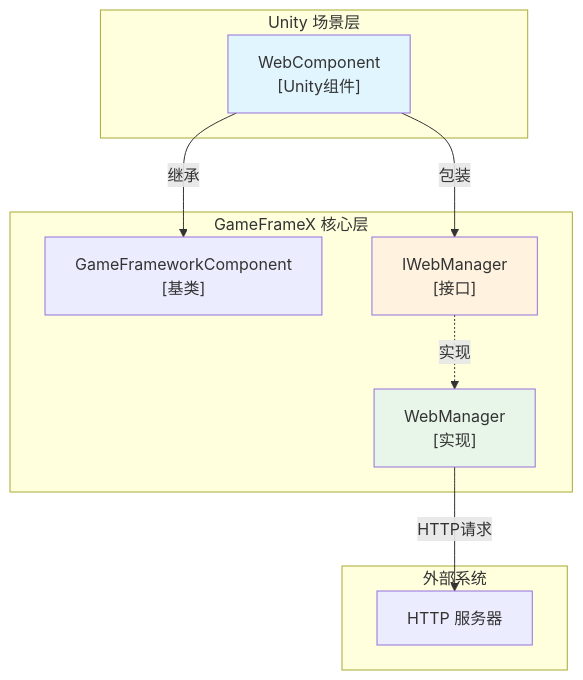
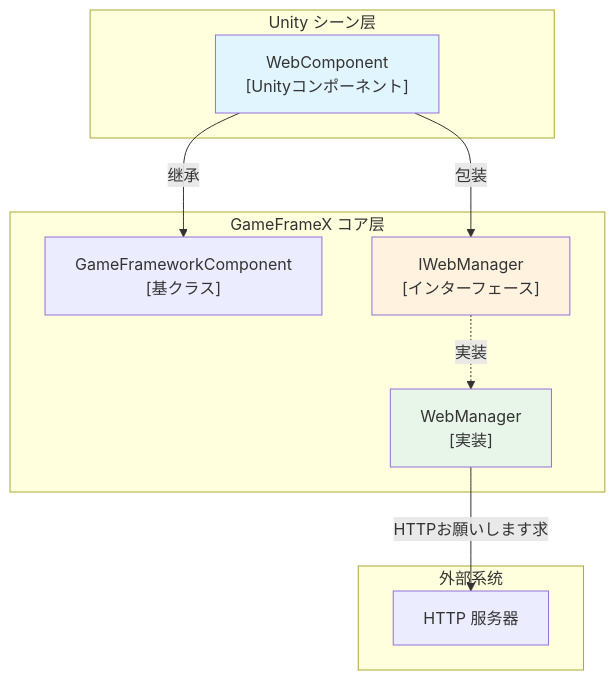
The first of 3 diagrams in docs/ja/client/unity/component/web/08.web-component.md (AlianBlank/GameFrameX.Docs), drawn with Mermaid before and after one commit. The commit also changed other lines of this file and 603 other files, not shown here.

````diff
--- a/docs/ja/client/unity/component/web/08.web-component.md
+++ b/docs/ja/client/unity/component/web/08.web-component.md
@@ -18,25 +18,25 @@
 ```mermaid
 graph TD
-    subgraph Unity["Unity 场景层"]
-        WebComp["WebComponent<br/>[Unity组件]"]
+    subgraph Unity["Unity シーン层"]
+        WebComp["WebComponent<br/>[Unityコンポーネント]"]
     end
 
-    subgraph GameFrameX["GameFrameX 核心层"]
-        GFC["GameFrameworkComponent<br/>[基类]"]
-        WebManager["IWebManager<br/>[接口]"]
-        WebMgrImpl["WebManager<br/>[实现]"]
+    subgraph GameFrameX["GameFrameX コア层"]
+        GFC["GameFrameworkComponent<br/>[基クラス]"]
+        WebManager["IWebManager<br/>[インターフェース]"]
+        WebMgrImpl["WebManager<br/>[実装]"]
     end
 
     subgraph External["外部系统"]
         HTTP["HTTP 服务器"]
     end
 
     WebComp -->|继承| GFC
     WebComp -->|包装| WebManager
-    WebManager -.->|实现| WebMgrImpl
-    WebMgrImpl -->|HTTP请求| HTTP
+    WebManager -.->|実装| WebMgrImpl
+    WebMgrImpl -->|HTTPお願いします求| HTTP
     
     style WebComp fill:#e1f5fe
     style WebManager fill:#fff3e0
     style WebMgrImpl fill:#e8f5e9
 ```
````
